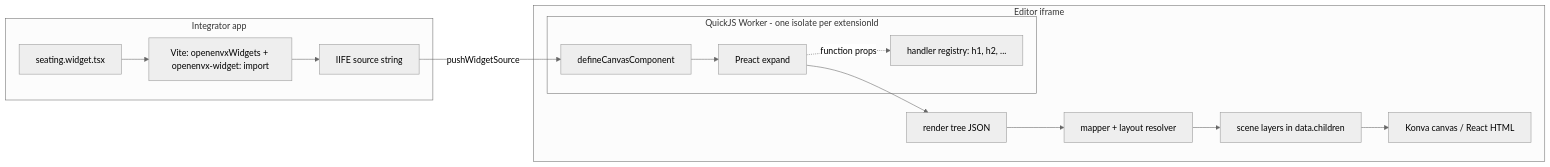
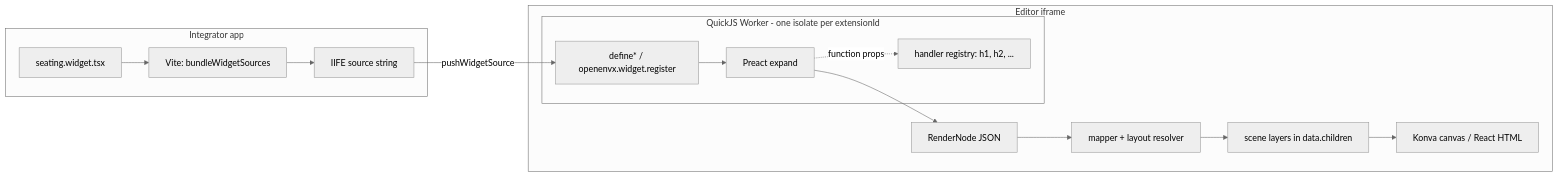
The second of 4 diagrams in docs/architecture/widget-bridge.md (openenvx/editor), drawn with Mermaid (neutral theme) before and after one commit. The commit also changed other lines of this file and 62 other files, not shown here.

````diff
--- a/docs/architecture/widget-bridge.md
+++ b/docs/architecture/widget-bridge.md
@@ -9,22 +46,22 @@
 ```mermaid
 flowchart LR
   subgraph outside [Integrator app]
     SRC["seating.widget.tsx"]
-    VITE["Vite: openenvxWidgets + openenvx-widget: import"]
+    VITE["Vite: bundleWidgetSources"]
     STR["IIFE source string"]
   end
   subgraph host [Editor iframe]
     subgraph worker [QuickJS Worker - one isolate per extensionId]
-      DEF["defineCanvasComponent"]
+      DEF["define* / openenvx.widget.register"]
       PREACT["Preact expand"]
       HANDLERS["handler registry: h1, h2, ..."]
     end
-    TREE["render tree JSON"]
+    TREE["RenderNode JSON"]
     MAP["mapper + layout resolver"]
     SCENE["scene layers in data.children"]
     PAINT["Konva canvas / React HTML"]
   end
   SRC --> VITE --> STR -->|"pushWidgetSource"| DEF
   DEF --> PREACT --> TREE --> MAP --> SCENE --> PAINT
   PREACT -.->|"function props"| HANDLERS
 ```
````
